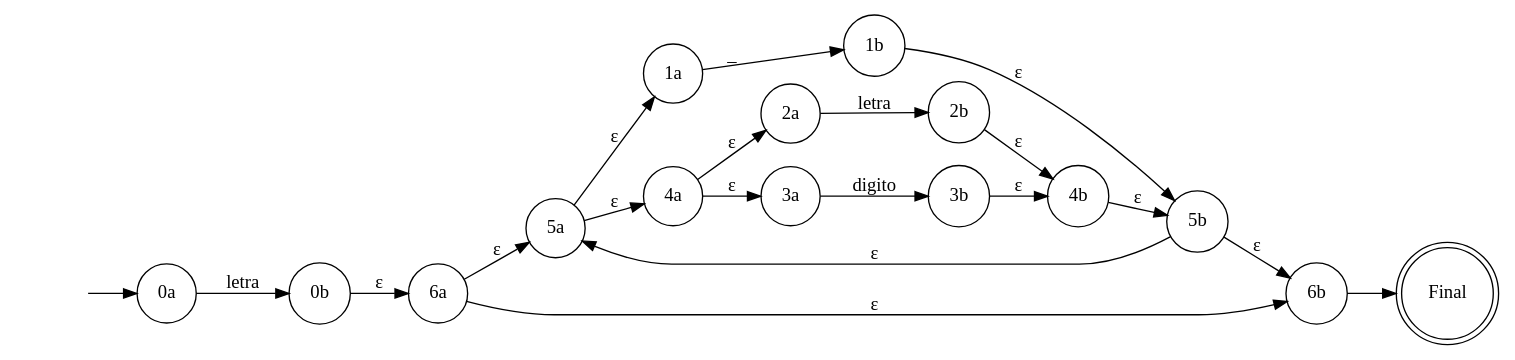
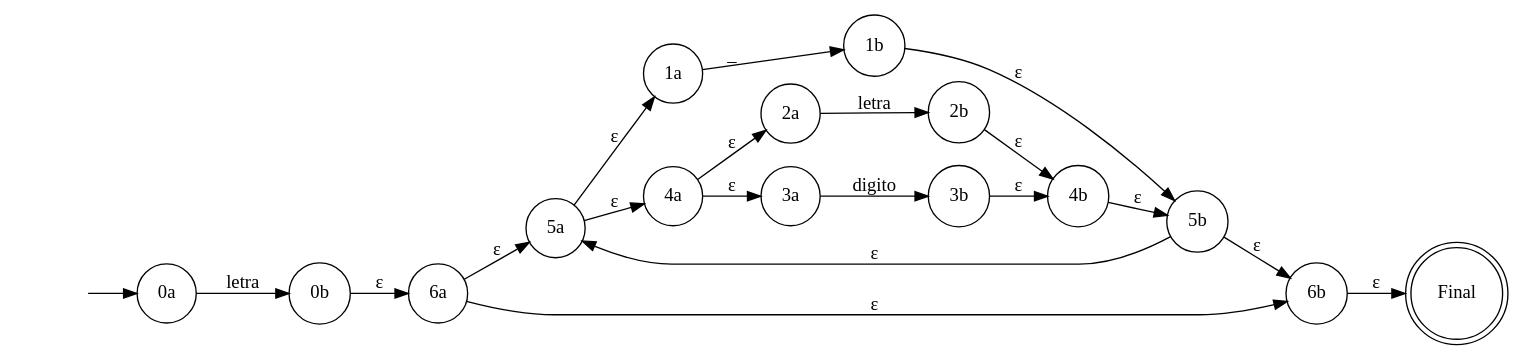
The diagram in AFND_201903969/identificador.dot (DiegoxBaggins/JAVA-Basic-Compilator), drawn with Graphviz before and after one commit. The commit also changed 27 other files, not shown here.

```diff
--- a/AFND_201903969/identificador.dot
+++ b/AFND_201903969/identificador.dot
@@ -1,40 +1,40 @@
 digraph G{
 rankdir=LR
 concentrate=true
 nodoInicial [shape=none label=""]
 nodoInicial->nodo0a [label=""]
 nodo0a [shape=circle label="0a"]
 nodo0b [shape=circle label="0b"]
 nodo0a -> nodo0b[label="letra"]
 nodo1a [shape=circle label="1a"]
 nodo1b [shape=circle label="1b"]
 nodo1a -> nodo1b[label="_"]
 nodo2a [shape=circle label="2a"]
 nodo2b [shape=circle label="2b"]
 nodo2a -> nodo2b[label="letra"]
 nodo3a [shape=circle label="3a"]
 nodo3b [shape=circle label="3b"]
 nodo3a -> nodo3b[label="digito"]
 nodo4a [shape=circle label="4a"]
 nodo4b [shape=circle label="4b"]
 nodo4a -> nodo2a[label="ε"]
 nodo4a -> nodo3a[label="ε"]
 nodo2b->nodo4b[label="ε"]
 nodo3b->nodo4b[label="ε"]
 nodo5a [shape=circle label="5a"]
 nodo5b [shape=circle label="5b"]
 nodo5a -> nodo1a[label="ε"]
 nodo5a -> nodo4a[label="ε"]
 nodo1b->nodo5b[label="ε"]
 nodo4b->nodo5b[label="ε"]
 nodo6a [shape=circle label="6a"]
 nodo6b [shape=circle label="6b"]
 nodo6a -> nodo5a[label="ε"]
 nodo5b->nodo6b[label="ε"]
 nodo5b->nodo5a[label="ε"]
 nodo6a ->nodo6b [label="ε"]
 nodo0b -> nodo6a[label="ε"]
 nodoFinal [shape=doublecircle label="Final"]
-nodo6b->nodoFinal [label=""]
+nodo6b->nodoFinal [label="ε"]
 
 }
```
